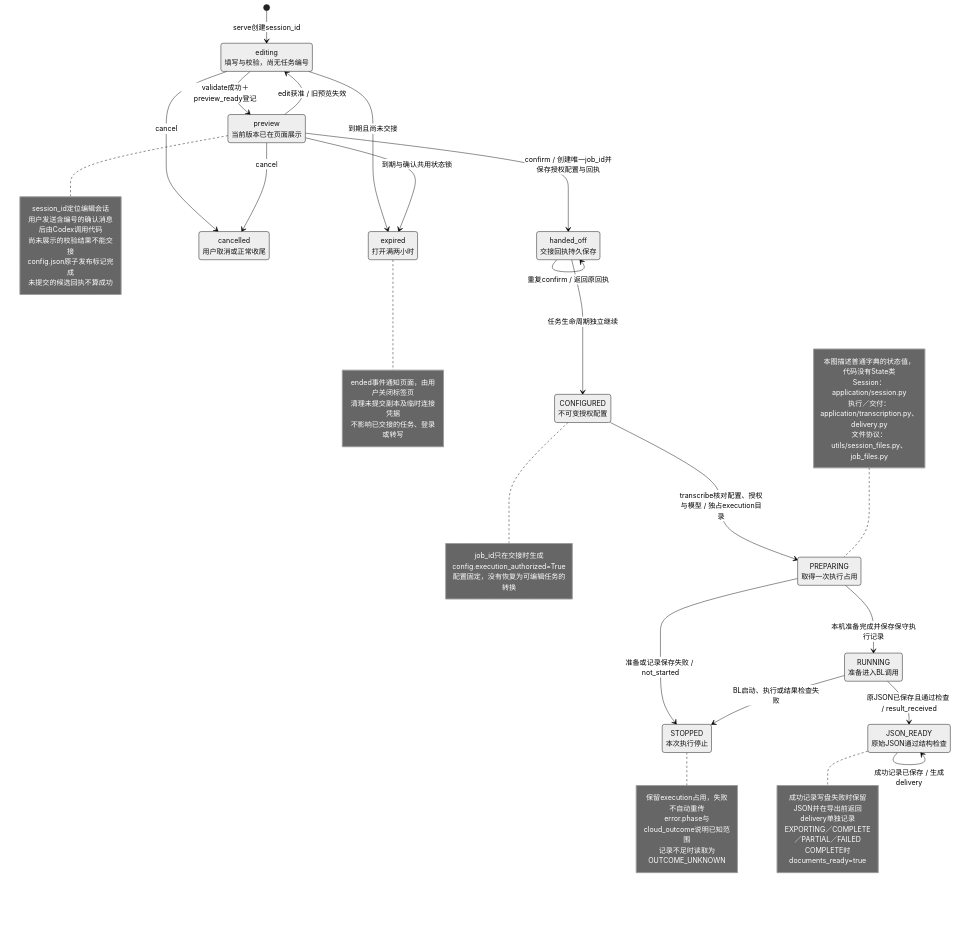
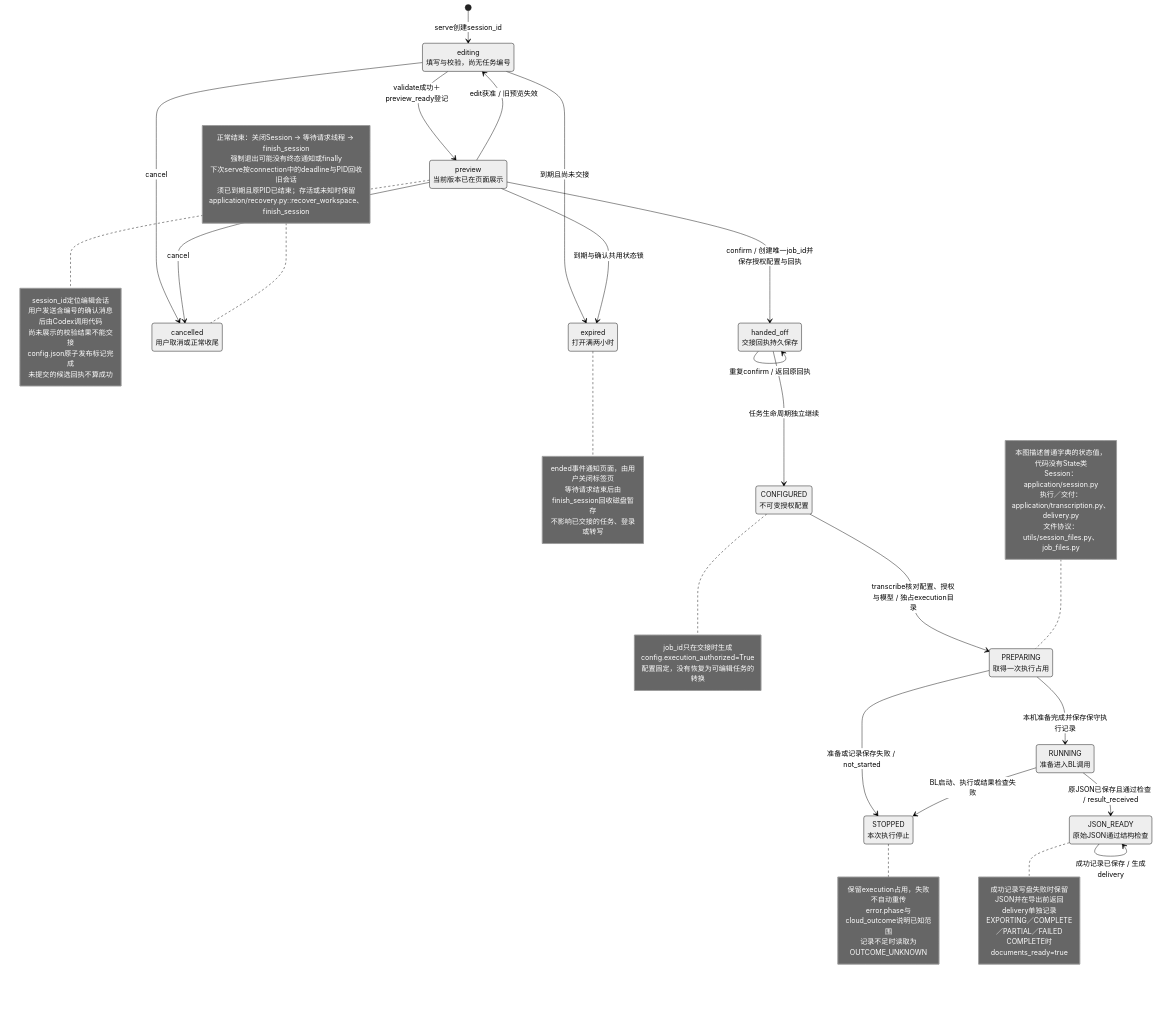
Before and after one commit to hx101700/memoflow: the diagram in doc/uml/07-state.mmd, drawn with Mermaid (neutral theme). The commit also changed 83 other files, not shown here.

```diff
--- a/doc/uml/07-state.mmd
+++ b/doc/uml/07-state.mmd
@@ -1,62 +1,70 @@
 stateDiagram-v2
 direction TB
 state "editing<br/>填写与校验，尚无任务编号" as Editing
 state "preview<br/>当前版本已在页面展示" as Preview
 state "handed_off<br/>交接回执持久保存" as HandedOff
 state "expired<br/>打开满两小时" as Expired
 state "cancelled<br/>用户取消或正常收尾" as Cancelled
 [*] --> Editing : serve创建session_id
 Editing --> Preview : validate成功＋preview_ready登记
 Preview --> Editing : edit获准 / 旧预览失效
 Editing --> Expired : 到期且尚未交接
 Preview --> Expired : 到期与确认共用状态锁
 Editing --> Cancelled : cancel
 Preview --> Cancelled : cancel
 Preview --> HandedOff : confirm / 创建唯一job_id并保存授权配置与回执
 HandedOff --> HandedOff : 重复confirm / 返回原回执
 note right of Preview
   session_id定位编辑会话
   用户发送含编号的确认消息后由Codex调用代码
   尚未展示的校验结果不能交接
   config.json原子发布标记完成
   未提交的候选回执不算成功
 end note
 note right of Expired
   ended事件通知页面，由用户关闭标签页
-  清理未提交副本及临时连接凭据
+  等待请求结束后由finish_session回收磁盘暂存
   不影响已交接的任务、登录或转写
 end note
 
 state "CONFIGURED<br/>不可变授权配置" as Configured
 state "PREPARING<br/>取得一次执行占用" as Preparing
 state "RUNNING<br/>准备进入BL调用" as Running
 state "STOPPED<br/>本次执行停止" as Stopped
 state "JSON_READY<br/>原始JSON通过结构检查" as JsonReady
 HandedOff --> Configured : 任务生命周期独立继续
 Configured --> Preparing : transcribe核对配置、授权与模型 / 独占execution目录
 Preparing --> Running : 本机准备完成并保存保守执行记录
 Preparing --> Stopped : 准备或记录保存失败 / not_started
 Running --> Stopped : BL启动、执行或结果检查失败
 Running --> JsonReady : 原JSON已保存且通过检查 / result_received
 JsonReady --> JsonReady : 成功记录已保存 / 生成delivery
 note right of Configured
   job_id只在交接时生成
   config.execution_authorized=True
   配置固定，没有恢复为可编辑任务的转换
 end note
 note right of Stopped
   保留execution占用，失败不自动重传
   error.phase与cloud_outcome说明已知范围
   记录不足时读取为OUTCOME_UNKNOWN
 end note
 note right of JsonReady
   成功记录写盘失败时保留JSON并在导出前返回
   delivery单独记录EXPORTING／COMPLETE／PARTIAL／FAILED
   COMPLETE时documents_ready=true
 end note
 note left of Preparing
   本图描述普通字典的状态值，代码没有State类
   Session：application/session.py
   执行／交付：application/transcription.py、delivery.py
   文件协议：utils/session_files.py、job_files.py
 end note
+
+note left of Cancelled
+  正常结束：关闭Session → 等待请求线程 → finish_session
+  强制退出可能没有终态通知或finally
+  下次serve按connection中的deadline与PID回收旧会话
+  须已到期且原PID已结束；存活或未知时保留
+  application/recovery.py::recover_workspace、finish_session
+end note
```
